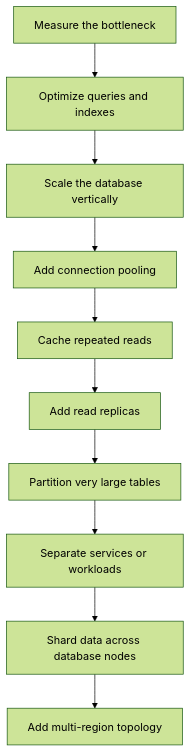
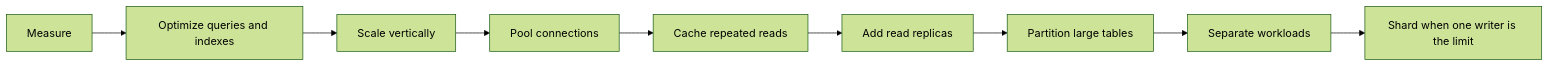
The first of 8 diagrams in src/content/system-design/db-scaling.md (AvadhBhalodiya/Interview-Preparation), drawn with Mermaid (forest theme) before and after one commit. The commit also changed other lines of this file and 54 other files, not shown here.

````diff
--- a/src/content/system-design/db-scaling.md
+++ b/src/content/system-design/db-scaling.md
@@ -21,12 +17,11 @@
 ```mermaid
-flowchart TD
-    A[Measure the bottleneck] --> B[Optimize queries and indexes]
-    B --> C[Scale the database vertically]
-    C --> D[Add connection pooling]
+flowchart LR
+    A[Measure] --> B[Optimize queries and indexes]
+    B --> C[Scale vertically]
+    C --> D[Pool connections]
     D --> E[Cache repeated reads]
     E --> F[Add read replicas]
-    F --> G[Partition very large tables]
-    G --> H[Separate services or workloads]
-    H --> I[Shard data across database nodes]
-    I --> J[Add multi-region topology]
+    F --> G[Partition large tables]
+    G --> H[Separate workloads]
+    H --> I[Shard when one writer is the limit]
 ```
````
